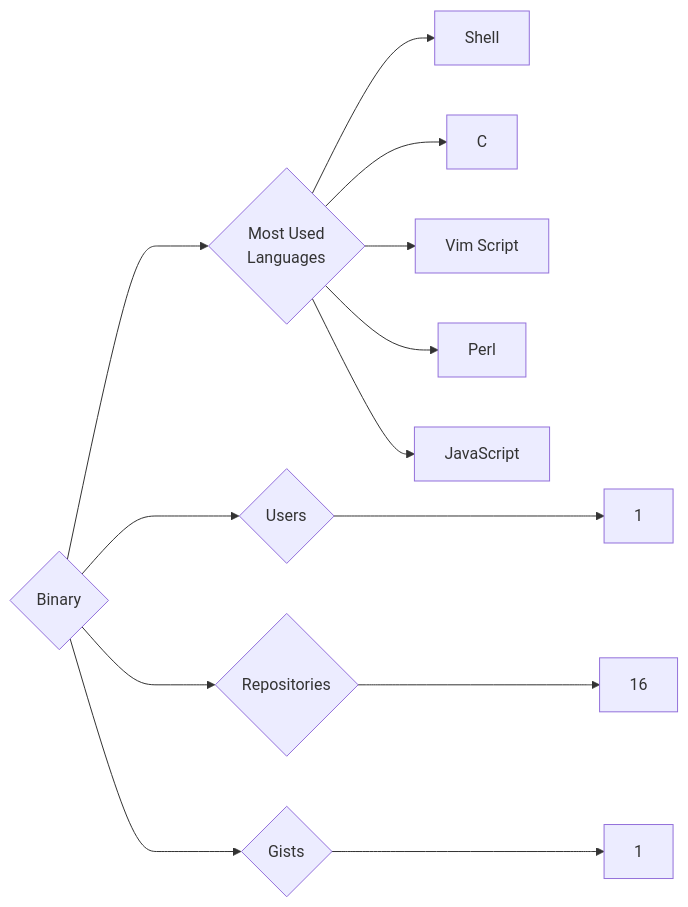
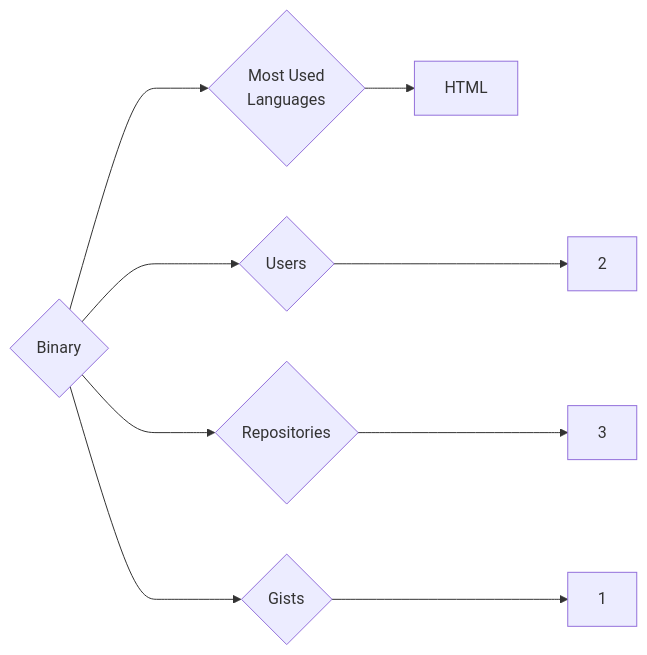
One commit to trickest/insiders changed the diagram in targets/Binary/README.md. Above: the diagram before and after it, drawn with Mermaid. The commit also changed 688 other files, not shown here.

````diff
--- a/targets/Binary/README.md
+++ b/targets/Binary/README.md
@@ -3,13 +3,9 @@
 ```mermaid
 graph LR
 COMPANY_NAME{Binary}
-COMPANY_NAME ---> U{Users} ---> UN[1]
-COMPANY_NAME ---> R{Repositories} ---> RN[16]
+COMPANY_NAME ---> U{Users} ---> UN[2]
+COMPANY_NAME ---> R{Repositories} ---> RN[3]
 COMPANY_NAME ---> G{Gists} ---> GN[1]
 COMPANY_NAME ---> ML{Most Used<br>Languages}
-ML --> Shell[Shell]
-ML --> C[C]
-ML --> Vim_Script[Vim Script]
-ML --> Perl[Perl]
-ML --> JavaScript[JavaScript]
+ML --> HTML[HTML]
 ```
````
